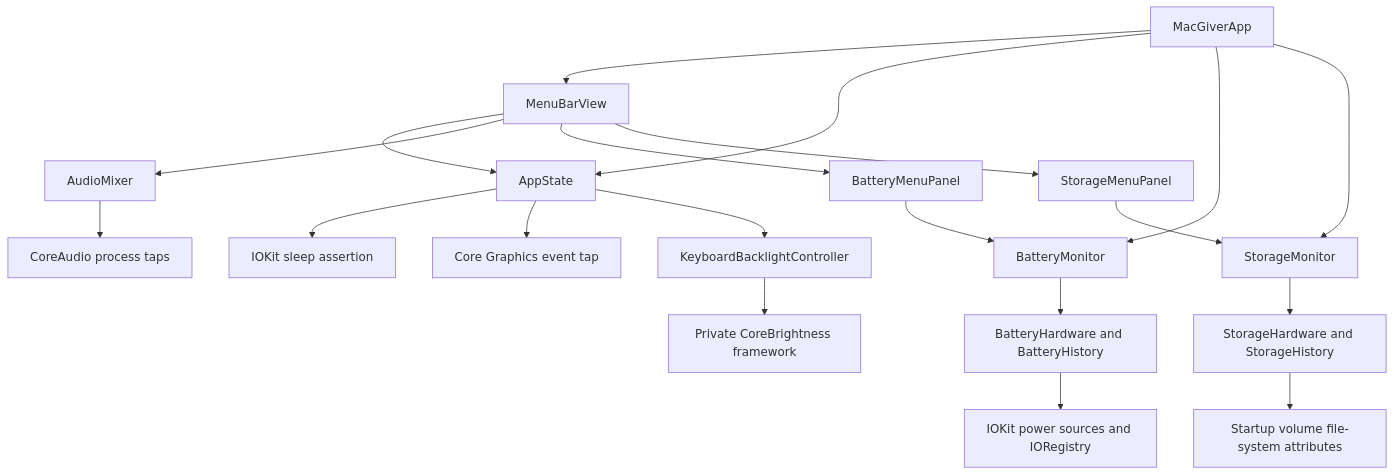
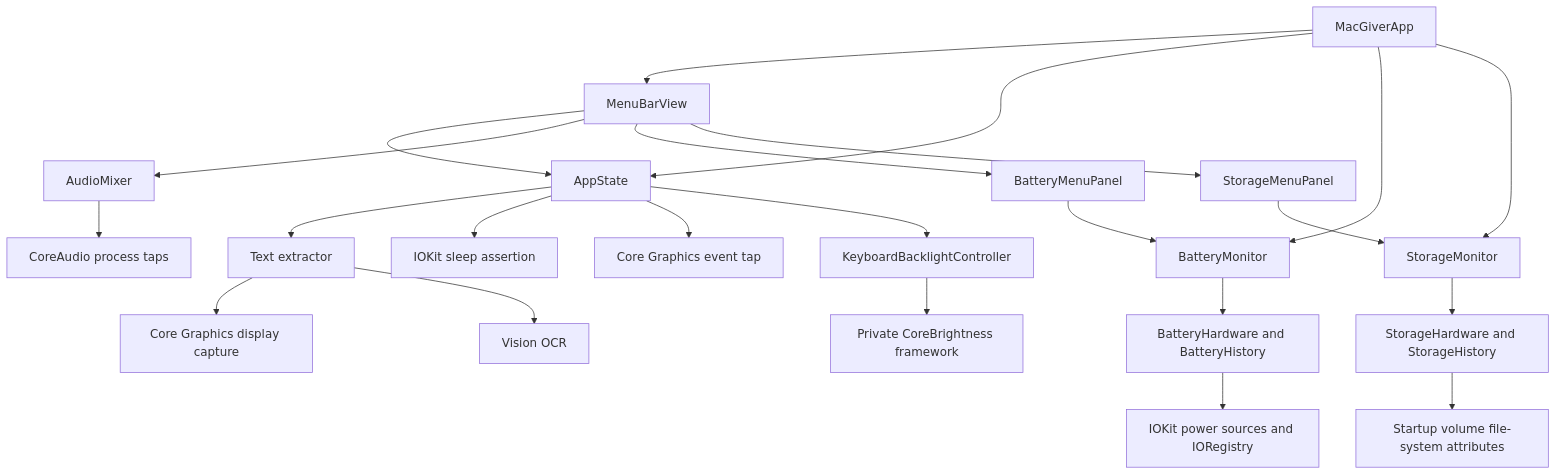
Before and after one commit to gabrielmpinha/macgiver: the diagram in docs/architecture.md, drawn with Mermaid. The commit also changed other lines of this file and 11 other files, not shown here.

First line of the commit message:
feat(menu-bar): add screen text extractor

````diff
--- a/docs/architecture.md
+++ b/docs/architecture.md
@@ -9,22 +9,25 @@
 ```mermaid
 flowchart TD
     App[MacGiverApp] --> UI[MenuBarView]
     App --> State[AppState]
     App --> Monitor[BatteryMonitor]
     App --> StorageMonitor[StorageMonitor]
     UI --> State
+    State --> Extractor[Text extractor]
     UI --> AudioMixer
     UI --> Panel[BatteryMenuPanel]
     UI --> StoragePanel[StorageMenuPanel]
     Panel --> Monitor
     StoragePanel --> StorageMonitor
     State --> Sleep[IOKit sleep assertion]
     State --> Lock[Core Graphics event tap]
     State --> Light[KeyboardBacklightController]
     Light --> CB[Private CoreBrightness framework]
     Monitor --> Mac[BatteryHardware and BatteryHistory]
     StorageMonitor --> Storage[StorageHardware and StorageHistory]
     AudioMixer --> CoreAudio[CoreAudio process taps]
     Mac --> IOKit[IOKit power sources and IORegistry]
     Storage --> FileSystem[Startup volume file-system attributes]
+    Extractor --> Capture[Core Graphics display capture]
+    Extractor --> Vision[Vision OCR]
 ```
````
